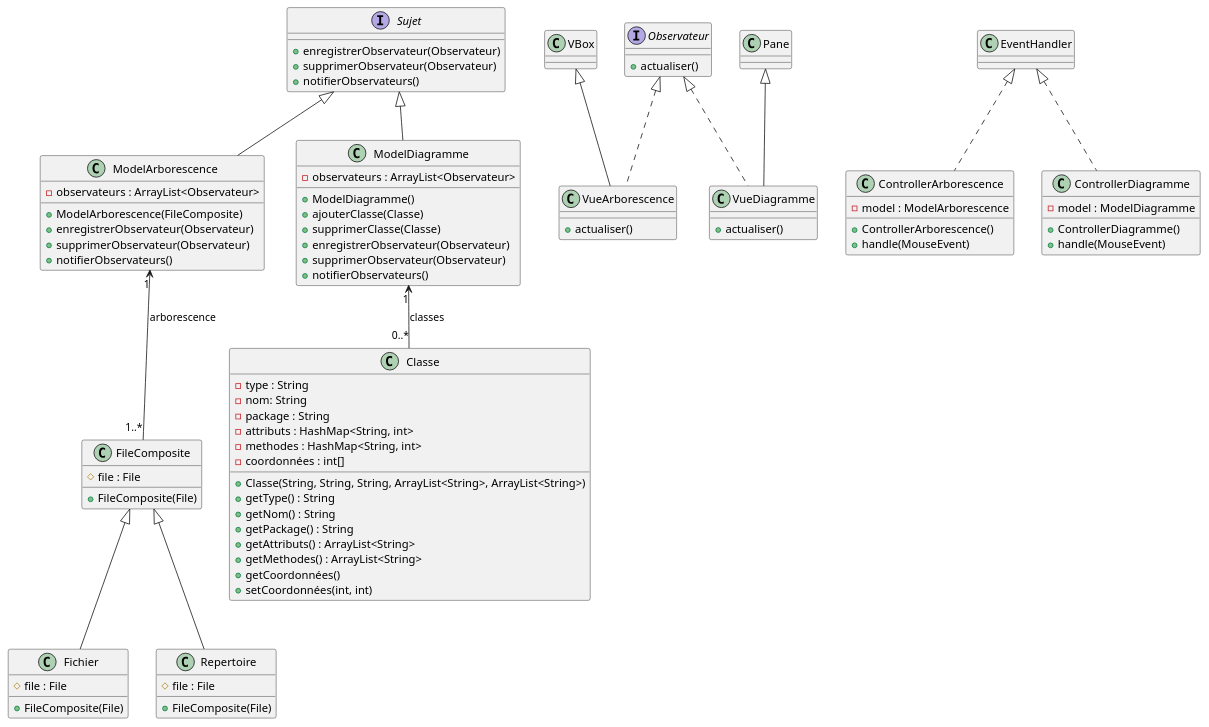
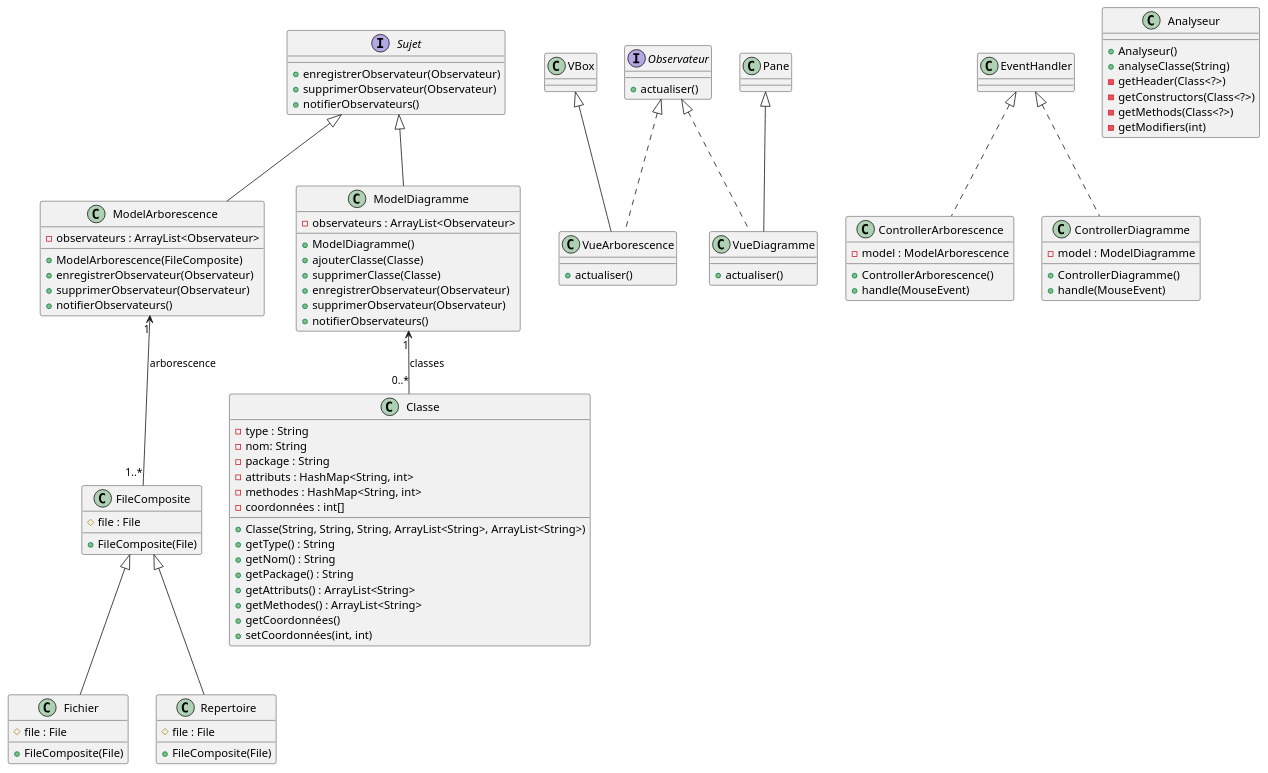
Before and after one commit to ByZorks/SAE-3.01: the diagram in Documents/Iteration1/DiagrammeDeClasse.puml, drawn with PlantUML. The commit also changed 1 other file, not shown here.

Commit message:
diag classe

```diff
--- a/Documents/Iteration1/DiagrammeDeClasse.puml
+++ b/Documents/Iteration1/DiagrammeDeClasse.puml
@@ -1,99 +1,108 @@
 @startuml
 interface Sujet {
     + enregistrerObservateur(Observateur)
     + supprimerObservateur(Observateur)
     + notifierObservateurs()
 }
 
 interface Observateur {
     + actualiser()
 }
 
 class VueArborescence {
     + actualiser()
 }
 
 class VueDiagramme {
     + actualiser()
 }
 
 class ModelArborescence {
     - observateurs : ArrayList<Observateur>
     + ModelArborescence(FileComposite)
     + enregistrerObservateur(Observateur)
     + supprimerObservateur(Observateur)
     + notifierObservateurs()
 }
 
 class ModelDiagramme {
     - observateurs : ArrayList<Observateur>
     + ModelDiagramme()
     + ajouterClasse(Classe)
     + supprimerClasse(Classe)
     + enregistrerObservateur(Observateur)
     + supprimerObservateur(Observateur)
     + notifierObservateurs()
 }
 
 class ControllerArborescence {
     - model : ModelArborescence
     + ControllerArborescence()
     + handle(MouseEvent)
 }
 
 class ControllerDiagramme {
     - model : ModelDiagramme
     + ControllerDiagramme()
     + handle(MouseEvent)
 }
 
 class FileComposite {
     # file : File
     + FileComposite(File)
 }
 
 class Fichier {
     # file : File
     + FileComposite(File)
 }
 
 class Repertoire {
     # file : File
     + FileComposite(File)
 }
 
 class Classe {
     - type : String
     - nom: String
     - package : String
     - attributs : HashMap<String, int>
     - methodes : HashMap<String, int>
     - coordonnées : int[]
     + Classe(String, String, String, ArrayList<String>, ArrayList<String>)
     + getType() : String
     + getNom() : String
     + getPackage() : String
     + getAttributs() : ArrayList<String>
     + getMethodes() : ArrayList<String>
     + getCoordonnées()
     + setCoordonnées(int, int)
 }
 
+class Analyseur {
+    + Analyseur()
+    + analyseClasse(String)
+    - getHeader(Class<?>)
+    - getConstructors(Class<?>)
+    - getMethods(Class<?>)
+    - getModifiers(int)
+}
+
 Sujet <|-- ModelArborescence
 Sujet <|-- ModelDiagramme
 
 Observateur <|.. VueArborescence
 Observateur <|.. VueDiagramme
 
 VBox <|-- VueArborescence
 Pane <|-- VueDiagramme
 
 FileComposite <|-- Fichier
 FileComposite <|-- Repertoire
 
 ModelDiagramme "1" <-- "0..*" Classe : classes
 ModelArborescence "1" <-- "1..*" FileComposite : arborescence
 
 EventHandler <|.. ControllerArborescence
 EventHandler <|.. ControllerDiagramme
 @enduml
```
